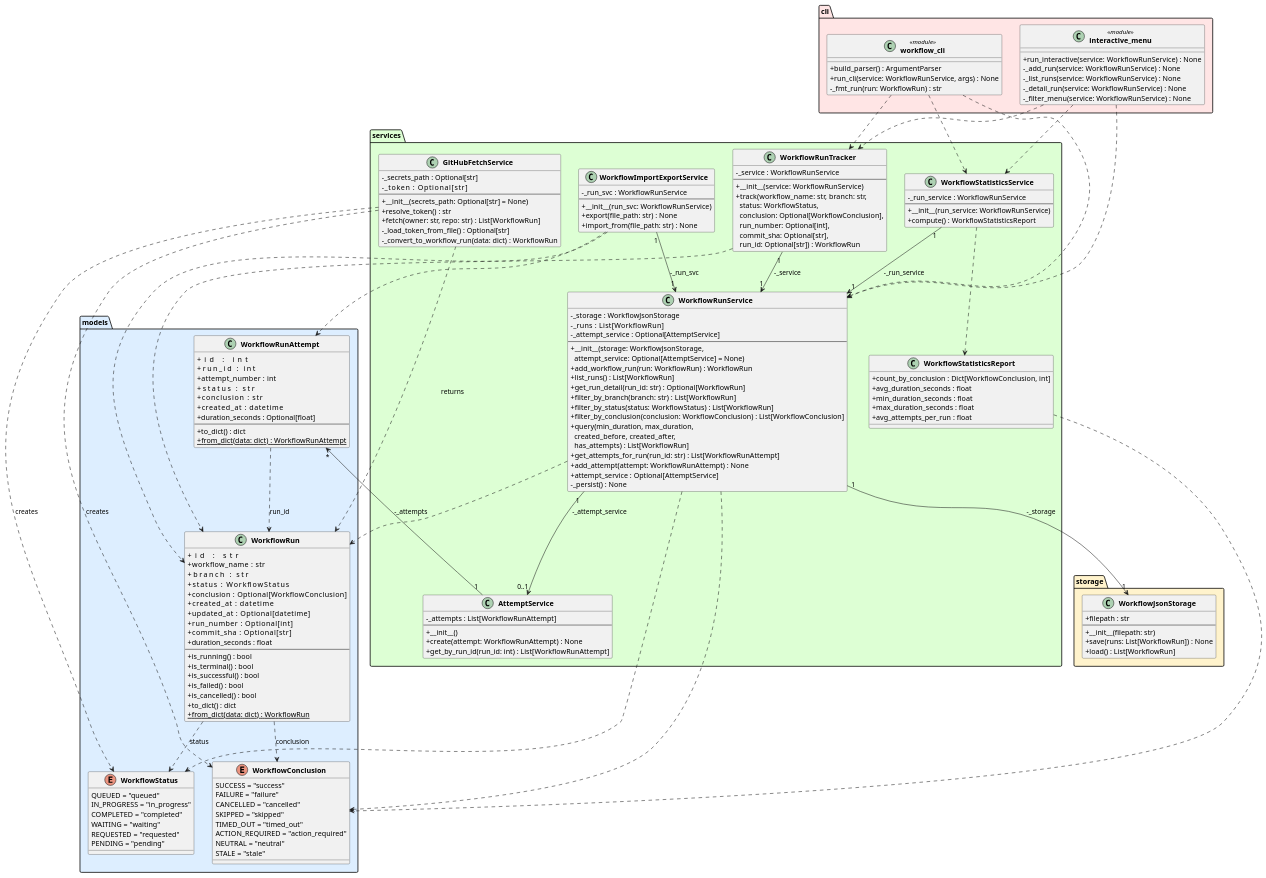
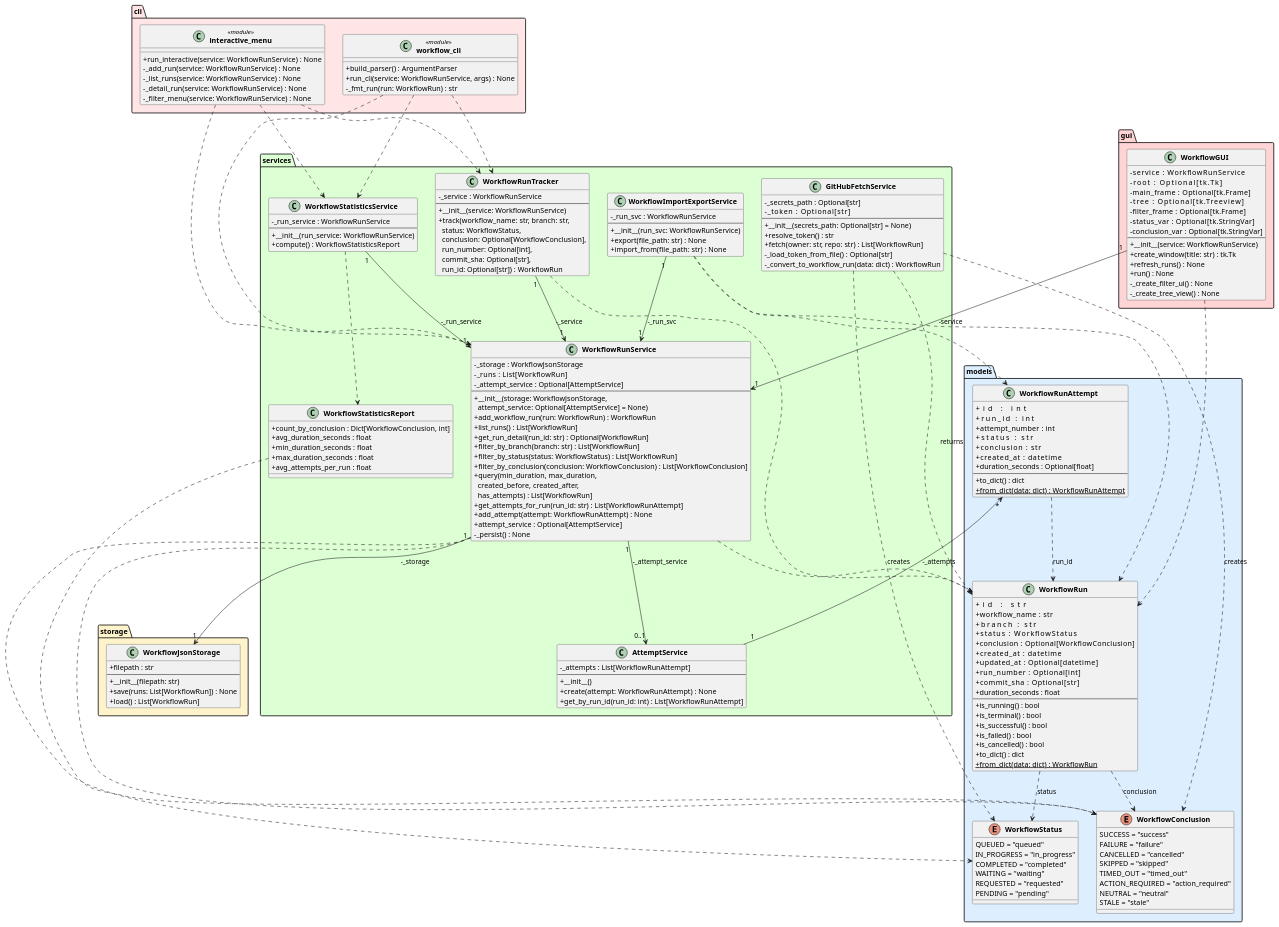
The diagram in experiments/broadcast/test_driven/github-workflow-manager/artifacts/class_diagram.puml (DanielRiha8906/Software_autoevolution_using_agents), drawn with PlantUML before and after one commit. The commit also changed 7 other files, not shown here.

```diff
--- a/experiments/broadcast/test_driven/github-workflow-manager/artifacts/class_diagram.puml
+++ b/experiments/broadcast/test_driven/github-workflow-manager/artifacts/class_diagram.puml
@@ -155,6 +155,25 @@
     }
 }
 
+package "gui" #FFD4D4 {
+    class WorkflowGUI {
+        -service         : WorkflowRunService
+        -root            : Optional[tk.Tk]
+        -main_frame      : Optional[tk.Frame]
+        -tree            : Optional[tk.Treeview]
+        -filter_frame    : Optional[tk.Frame]
+        -status_var      : Optional[tk.StringVar]
+        -conclusion_var  : Optional[tk.StringVar]
+        --
+        +__init__(service: WorkflowRunService)
+        +create_window(title: str) : tk.Tk
+        +refresh_runs() : None
+        +run() : None
+        -_create_filter_ui() : None
+        -_create_tree_view() : None
+    }
+}
+
 WorkflowRun                ..>  WorkflowStatus        : status
 WorkflowRun                ..>  WorkflowConclusion    : conclusion
 WorkflowRunAttempt         ..>  WorkflowRun           : run_id
@@ -181,5 +200,7 @@
 "interactive_menu"         ..>  WorkflowRunService
 "interactive_menu"         ..>  WorkflowRunTracker
 "interactive_menu"         ..>  WorkflowStatisticsService
+WorkflowGUI          "1" --> "1" WorkflowRunService : -service
+WorkflowGUI                ..>  WorkflowRun
 
 @enduml
```
